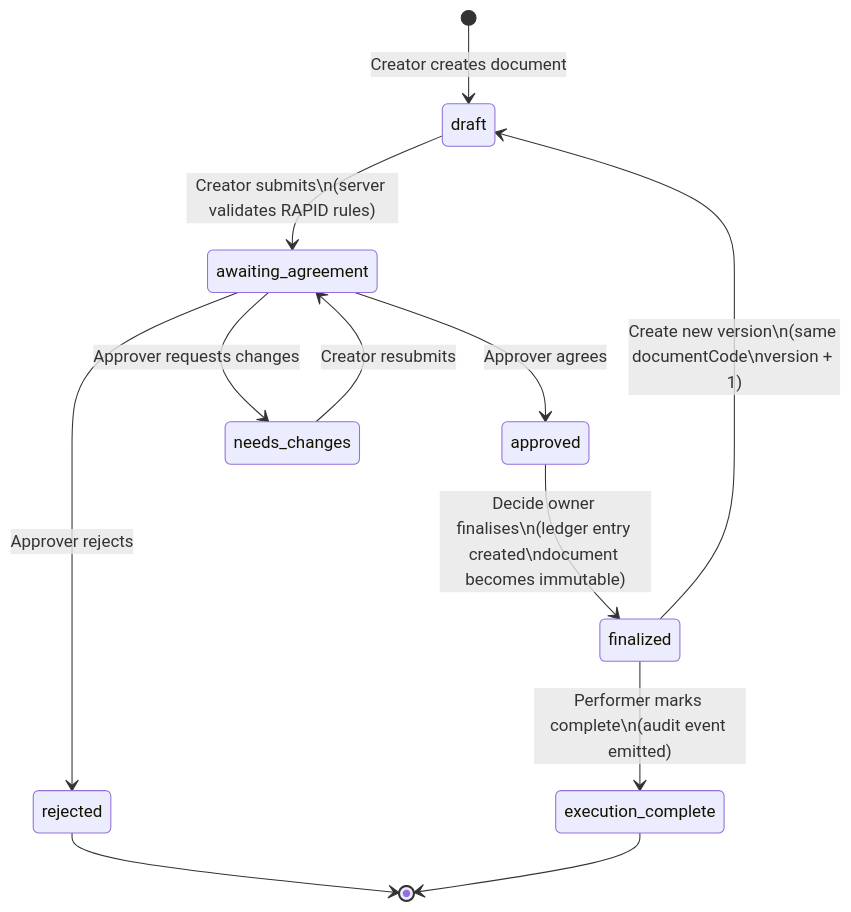
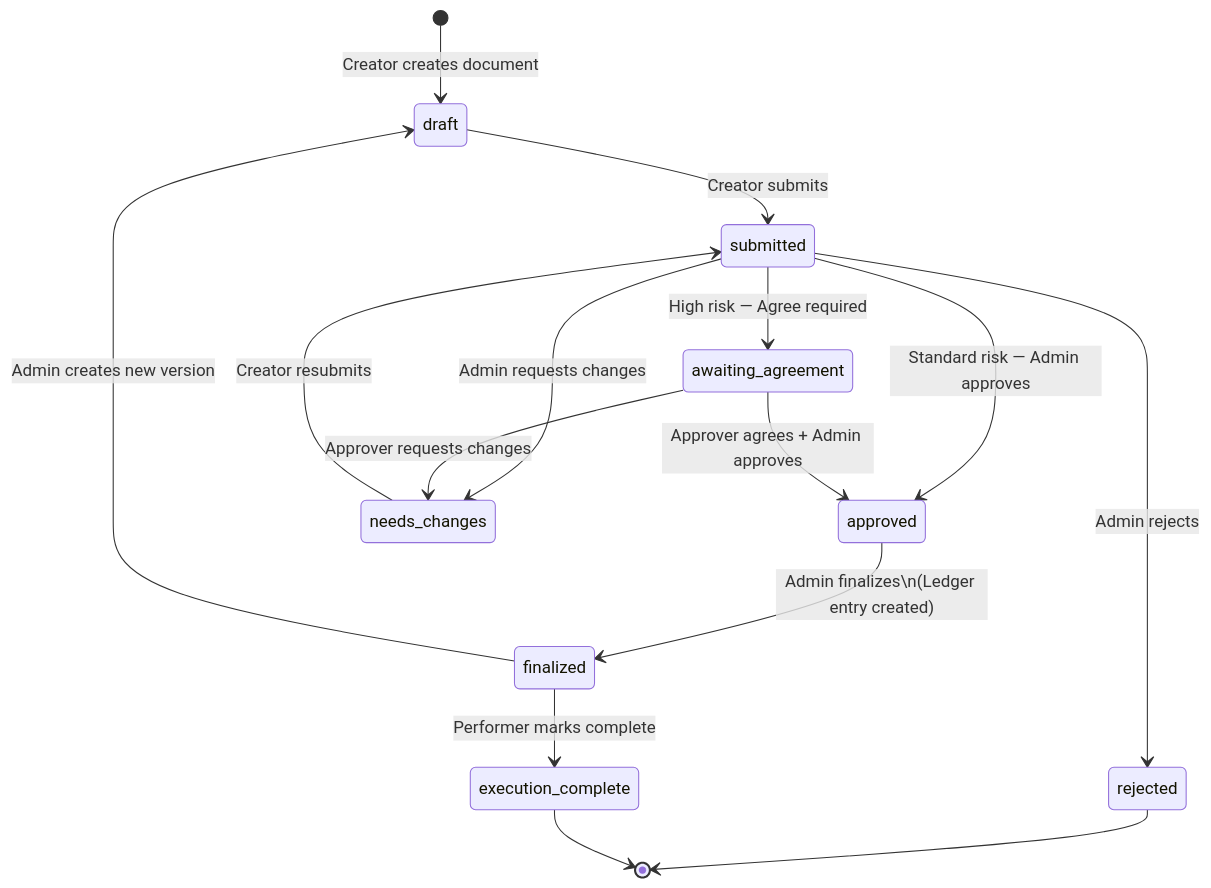
One commit to harshiniramasamy5-star/rapid-ledger changed the third of 7 diagrams in README.md. Above: the diagram before and after it, drawn with Mermaid. The commit also changed other lines of this file, not shown here.

Commit message:
docs: complete README rewrite — Mermaid diagrams, full API reference, RAPID workflow, RBAC table, professional internship-grade docs

````diff
--- a/README.md
+++ b/README.md
@@ -175,19 +260,19 @@
 ```mermaid
 stateDiagram-v2
     [*] --> draft : Creator creates document
 
-    draft --> awaiting_agreement : Creator submits\n(server validates RAPID rules)
-    awaiting_agreement --> approved : Approver agrees
+    draft --> submitted : Creator submits
+    submitted --> awaiting_agreement : High risk — Agree required
+    submitted --> approved : Standard risk — Admin approves
+    awaiting_agreement --> approved : Approver agrees + Admin approves
+    submitted --> rejected : Admin rejects
+    submitted --> needs_changes : Admin requests changes
     awaiting_agreement --> needs_changes : Approver requests changes
-    awaiting_agreement --> rejected : Approver rejects
+    needs_changes --> submitted : Creator resubmits
+    approved --> finalized : Admin finalizes\n(Ledger entry created)
+    finalized --> execution_complete : Performer marks complete
+    finalized --> draft : Admin creates new version
 
-    needs_changes --> awaiting_agreement : Creator resubmits
     rejected --> [*]
-
-    approved --> finalized : Decide owner finalises\n(ledger entry created\ndocument becomes immutable)
-
-    finalized --> execution_complete : Performer marks complete\n(audit event emitted)
-    finalized --> draft : Create new version\n(same documentCode\nversion + 1)
-
     execution_complete --> [*]
 ```
````
